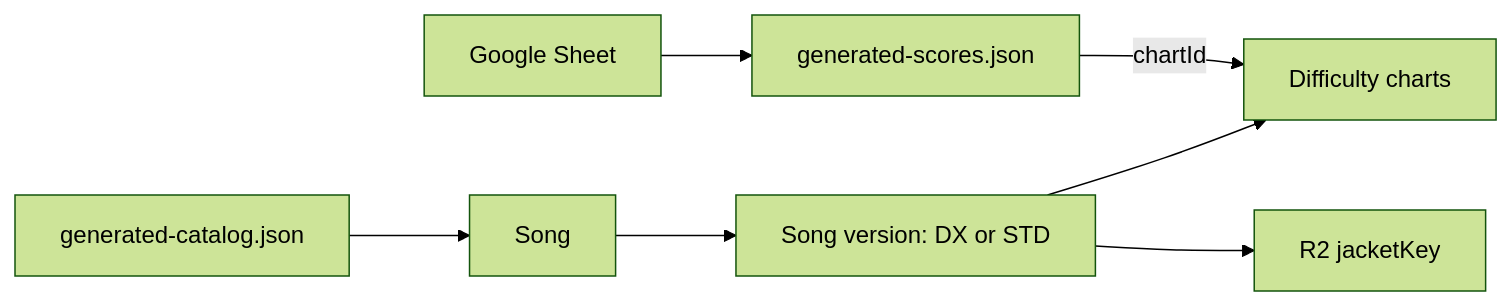
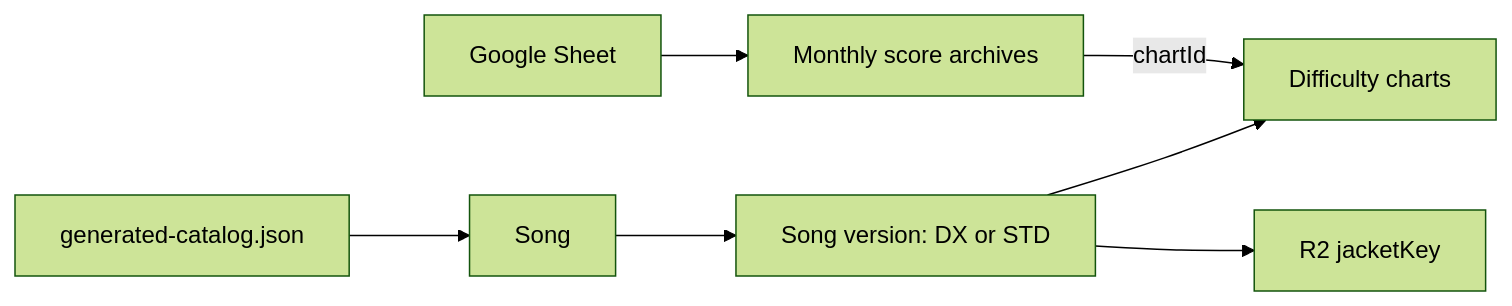
The diagram in docs/data-model.md (AllanSunny/maimai-score-gallery), drawn with Mermaid (forest theme) before and after one commit. The commit also changed other lines of this file and 22 other files, not shown here.

Commit message:
Split scores into monthly files

````diff
--- a/docs/data-model.md
+++ b/docs/data-model.md
@@ -6,9 +6,9 @@
 ```mermaid
 flowchart LR
-  Sheet[Google Sheet] --> ScoreArchive[generated-scores.json]
+  Sheet[Google Sheet] --> ScoreArchive[Monthly score archives]
   ScoreArchive -->|chartId| Charts
   Catalog[generated-catalog.json] --> Song
   Song --> Version[Song version: DX or STD]
   Version --> Charts[Difficulty charts]
   Version --> Jacket[R2 jacketKey]
 ```
````
